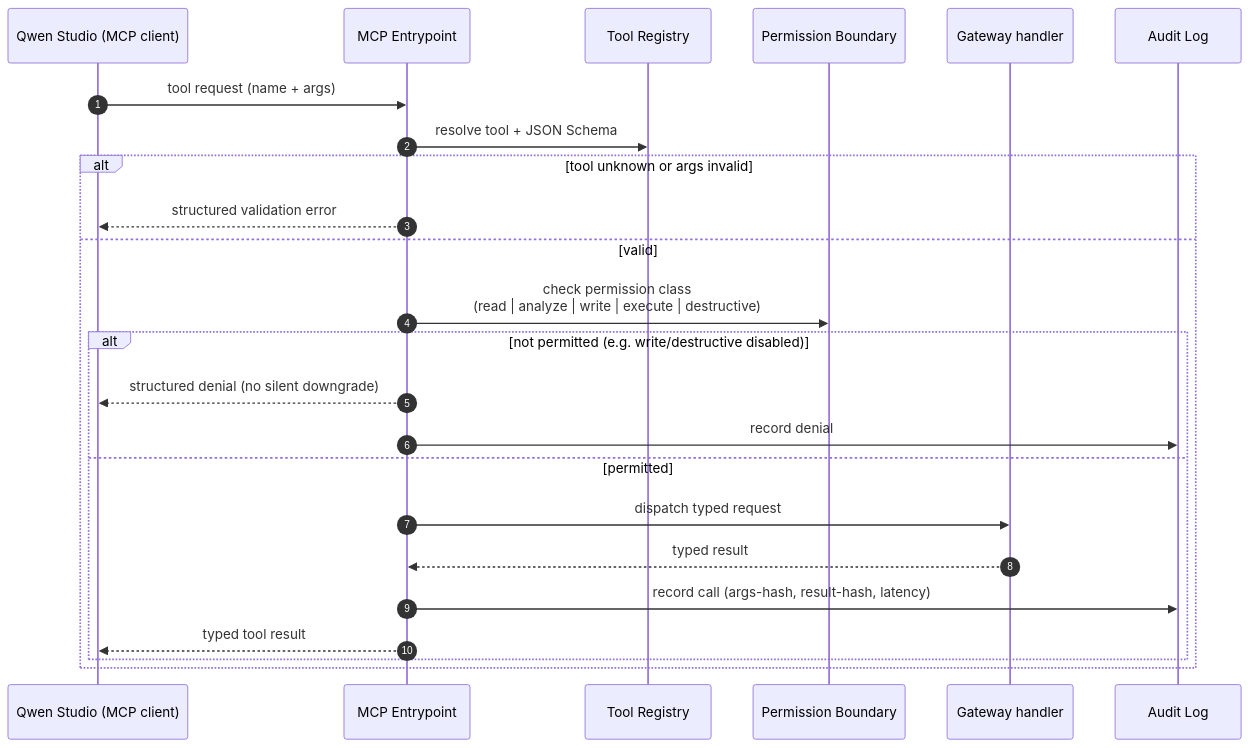
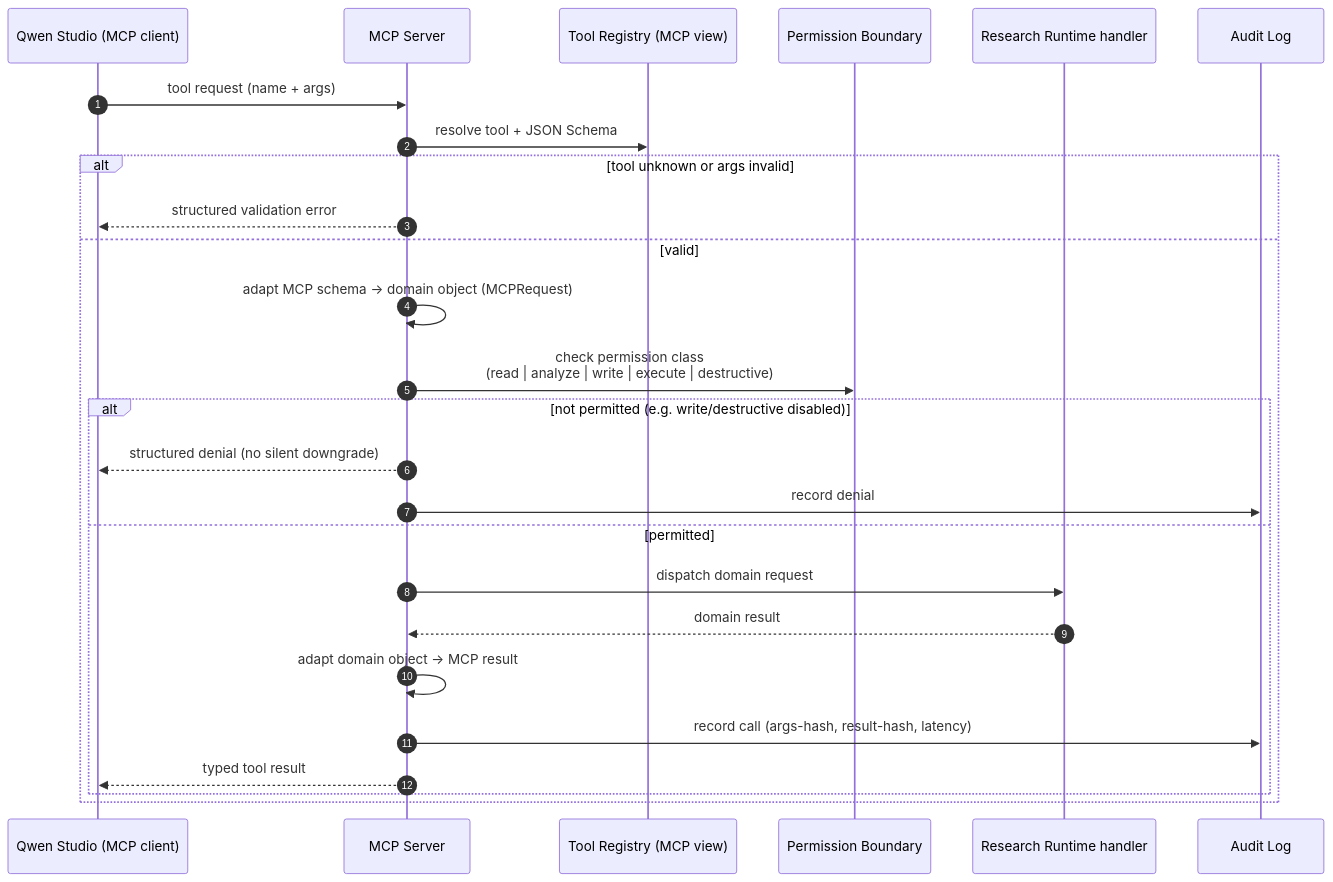
Before and after one commit to mitem743351/qwen: the first of 3 diagrams in docs/architecture/diagrams/mcp-interaction.md, drawn with Mermaid. The commit also changed 36 other files, not shown here.

First line of the commit message:
Phase 0.75: runtime boundary and execution architecture

````diff
--- a/docs/architecture/diagrams/mcp-interaction.md
+++ b/docs/architecture/diagrams/mcp-interaction.md
@@ -3,27 +3,29 @@
 ```mermaid
 sequenceDiagram
     autonumber
     participant QS as Qwen Studio (MCP client)
-    participant EP as MCP Entrypoint
-    participant REG as Tool Registry
+    participant MCP as MCP Server
+    participant REG as Tool Registry (MCP view)
     participant PB as Permission Boundary
-    participant GW as Gateway handler
+    participant RR as Research Runtime handler
     participant AUD as Audit Log
 
-    QS->>EP: tool request (name + args)
-    EP->>REG: resolve tool + JSON Schema
+    QS->>MCP: tool request (name + args)
+    MCP->>REG: resolve tool + JSON Schema
     alt tool unknown or args invalid
-        EP-->>QS: structured validation error
+        MCP-->>QS: structured validation error
     else valid
-        EP->>PB: check permission class<br/>(read | analyze | write | execute | destructive)
+        MCP->>MCP: adapt MCP schema → domain object (MCPRequest)
+        MCP->>PB: check permission class<br/>(read | analyze | write | execute | destructive)
         alt not permitted (e.g. write/destructive disabled)
-            EP-->>QS: structured denial (no silent downgrade)
-            EP->>AUD: record denial
+            MCP-->>QS: structured denial (no silent downgrade)
+            MCP->>AUD: record denial
         else permitted
-            EP->>GW: dispatch typed request
-            GW-->>EP: typed result
-            EP->>AUD: record call (args-hash, result-hash, latency)
-            EP-->>QS: typed tool result
+            MCP->>RR: dispatch domain request
+            RR-->>MCP: domain result
+            MCP->>MCP: adapt domain object → MCP result
+            MCP->>AUD: record call (args-hash, result-hash, latency)
+            MCP-->>QS: typed tool result
         end
     end
 ```
````
